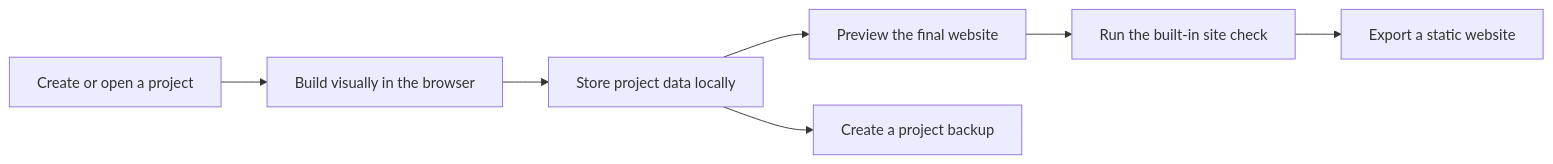
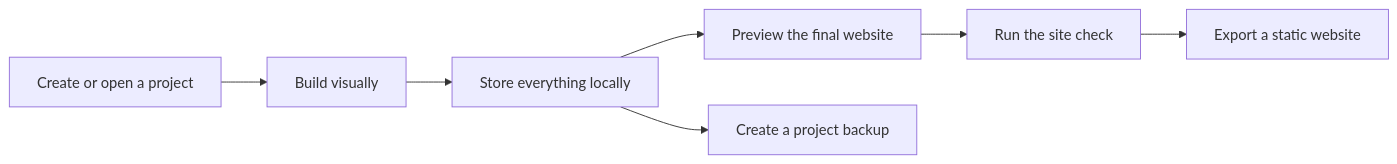
One commit to lordofsunshine/sunConstructor changed the first of 2 diagrams in readme.md. Above: the diagram before and after it, drawn with Mermaid. The commit also changed other lines of this file, not shown here.

````diff
--- a/readme.md
+++ b/readme.md
@@ -59,9 +103,9 @@
 ```mermaid
 flowchart LR
-    A[Create or open a project] --> B[Build visually in the browser]
-    B --> C[Store project data locally]
-    C --> D[Preview the final website]
-    D --> E[Run the built-in site check]
-    E --> F[Export a static website]
-    C --> G[Create a project backup]
+    A["Create or open a project"] --> B["Build visually"]
+    B --> C["Store everything locally"]
+    C --> D["Preview the final website"]
+    D --> E["Run the site check"]
+    E --> F["Export a static website"]
+    C --> G["Create a project backup"]
 ```
````
